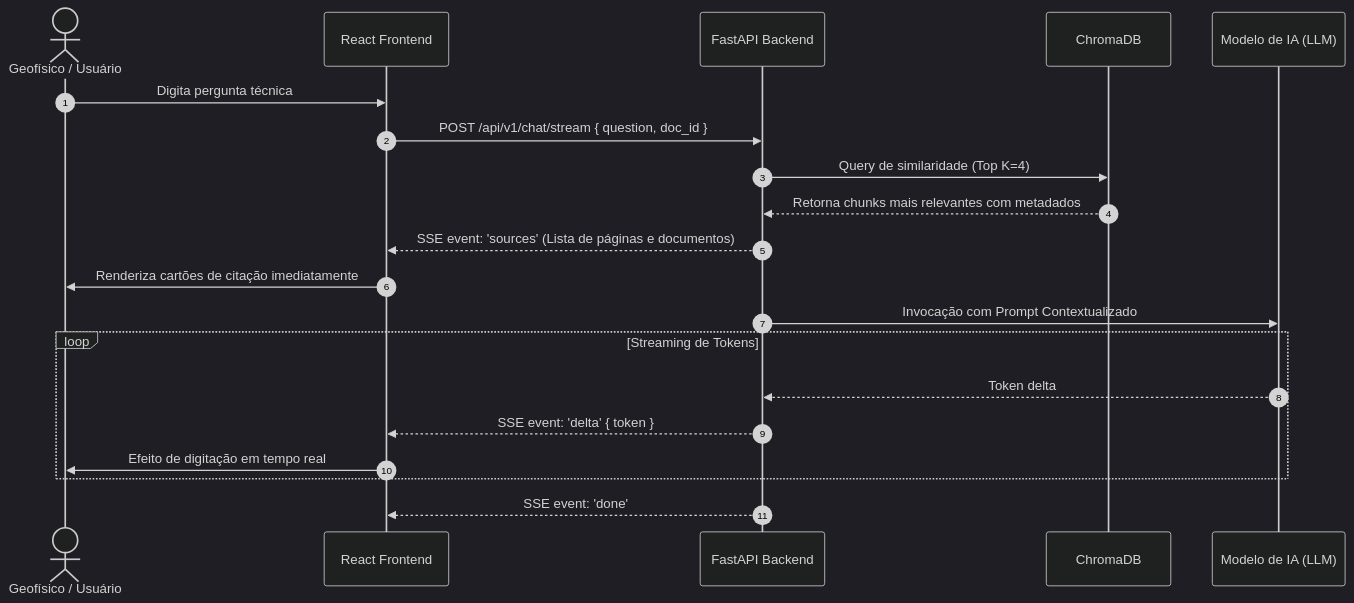
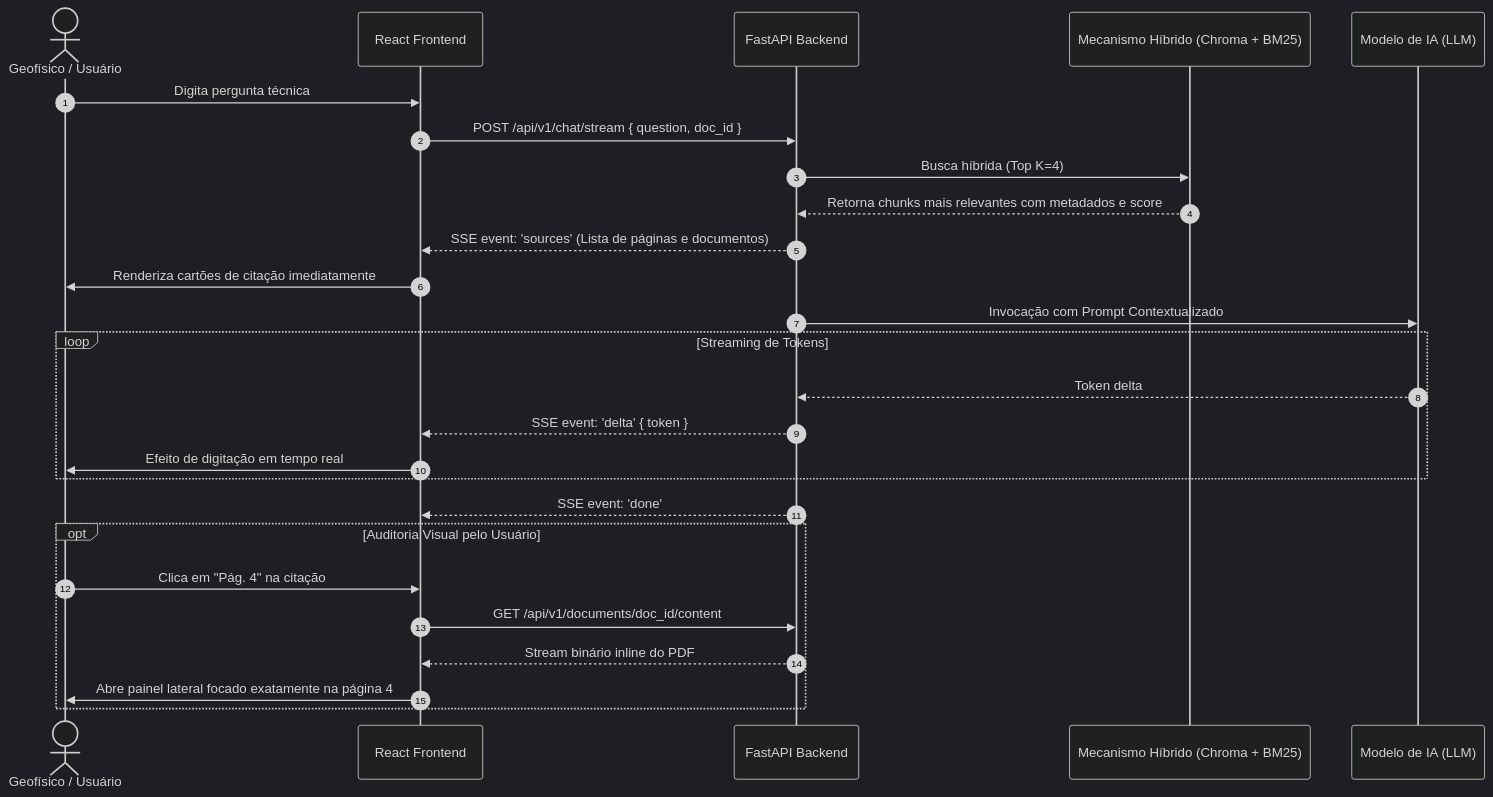
The second of 2 diagrams in docs/architecture.md (esdrasfelipe07/geodoc-ai), drawn with Mermaid (dark theme) before and after one commit. The commit also changed other lines of this file and 4 other files, not shown here.

````diff
--- a/docs/architecture.md
+++ b/docs/architecture.md
@@ -73,24 +82,31 @@
 ```mermaid
 sequenceDiagram
     autonumber
     actor User as Geofísico / Usuário
     participant React as React Frontend
     participant FastAPI as FastAPI Backend
-    participant Chroma as ChromaDB
+    participant RAG as Mecanismo Híbrido (Chroma + BM25)
     participant LLM as Modelo de IA (LLM)
 
     User->>React: Digita pergunta técnica
     React->>FastAPI: POST /api/v1/chat/stream { question, doc_id }
-    FastAPI->>Chroma: Query de similaridade (Top K=4)
-    Chroma-->>FastAPI: Retorna chunks mais relevantes com metadados
+    FastAPI->>RAG: Busca híbrida (Top K=4)
+    RAG-->>FastAPI: Retorna chunks mais relevantes com metadados e score
     FastAPI-->>React: SSE event: 'sources' (Lista de páginas e documentos)
     React->>User: Renderiza cartões de citação imediatamente
     
     FastAPI->>LLM: Invocação com Prompt Contextualizado
     loop Streaming de Tokens
         LLM-->>FastAPI: Token delta
         FastAPI-->>React: SSE event: 'delta' { token }
         React->>User: Efeito de digitação em tempo real
     end
     FastAPI-->>React: SSE event: 'done'
+
+    opt Auditoria Visual pelo Usuário
+        User->>React: Clica em "Pág. 4" na citação
+        React->>FastAPI: GET /api/v1/documents/doc_id/content#page=4
+        FastAPI-->>React: Stream binário inline do PDF
+        React->>User: Abre painel lateral focado exatamente na página 4
+    end
 ```
````
